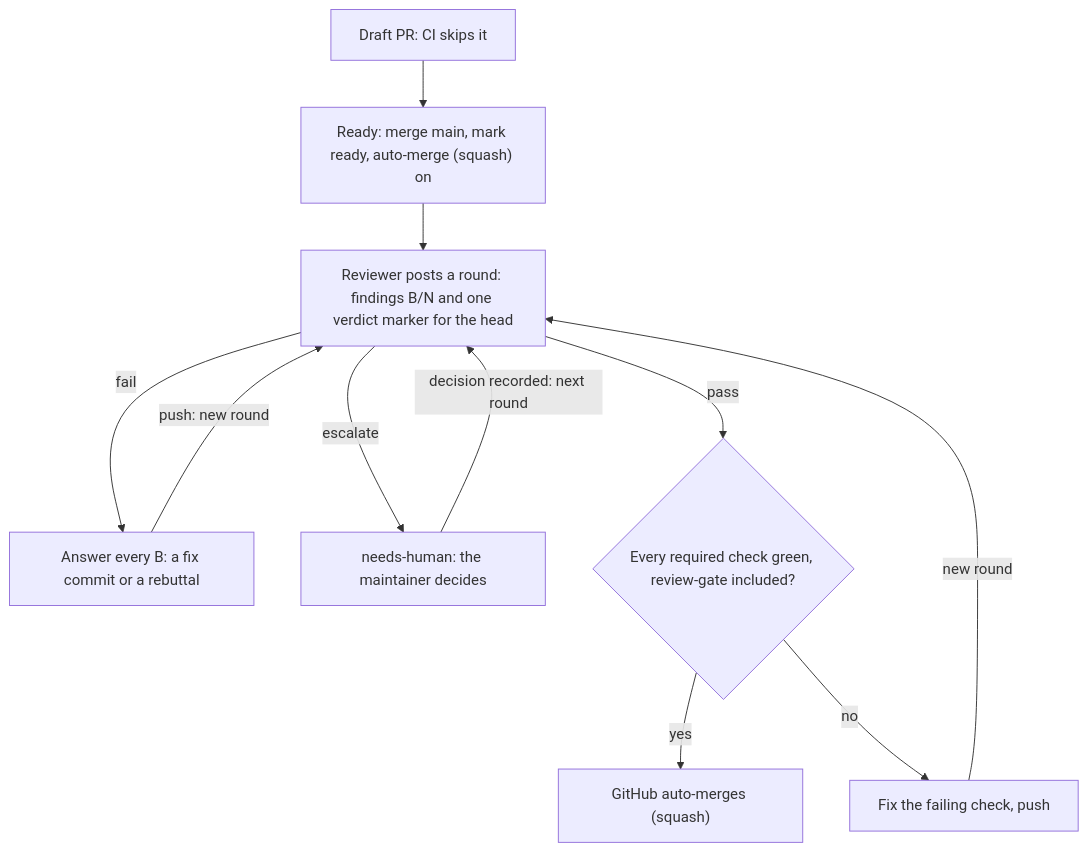
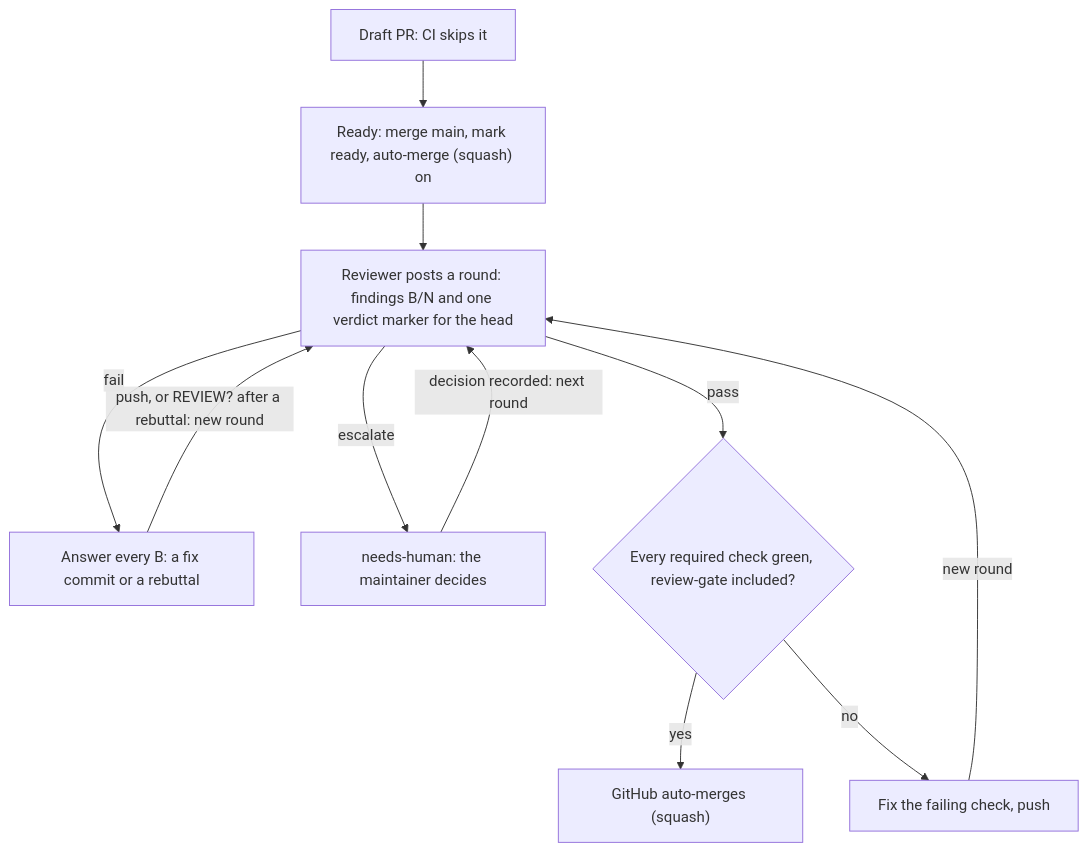
The diagram in CLAUDE.md (jeffmhopkins/template), drawn with Mermaid before and after one commit. The commit also changed other lines of this file and 9 other files, not shown here.

````diff
--- a/CLAUDE.md
+++ b/CLAUDE.md
@@ -113,13 +114,13 @@
 ```mermaid
 flowchart TD
     A["Draft PR: CI skips it"] --> B["Ready: merge main, mark ready, auto-merge (squash) on"]
     B --> C["Reviewer posts a round: findings B/N and one verdict marker for the head"]
     C -->|fail| D["Answer every B: a fix commit or a rebuttal"]
-    D -->|push: new round| C
+    D -->|"push, or REVIEW? after a rebuttal: new round"| C
     C -->|escalate| E["needs-human: the maintainer decides"]
     E -->|decision recorded: next round| C
     C -->|pass| F{"Every required check green, review-gate included?"}
     F -->|yes| G["GitHub auto-merges (squash)"]
     F -->|no| H["Fix the failing check, push"]
     H -->|new round| C
 ```
````
